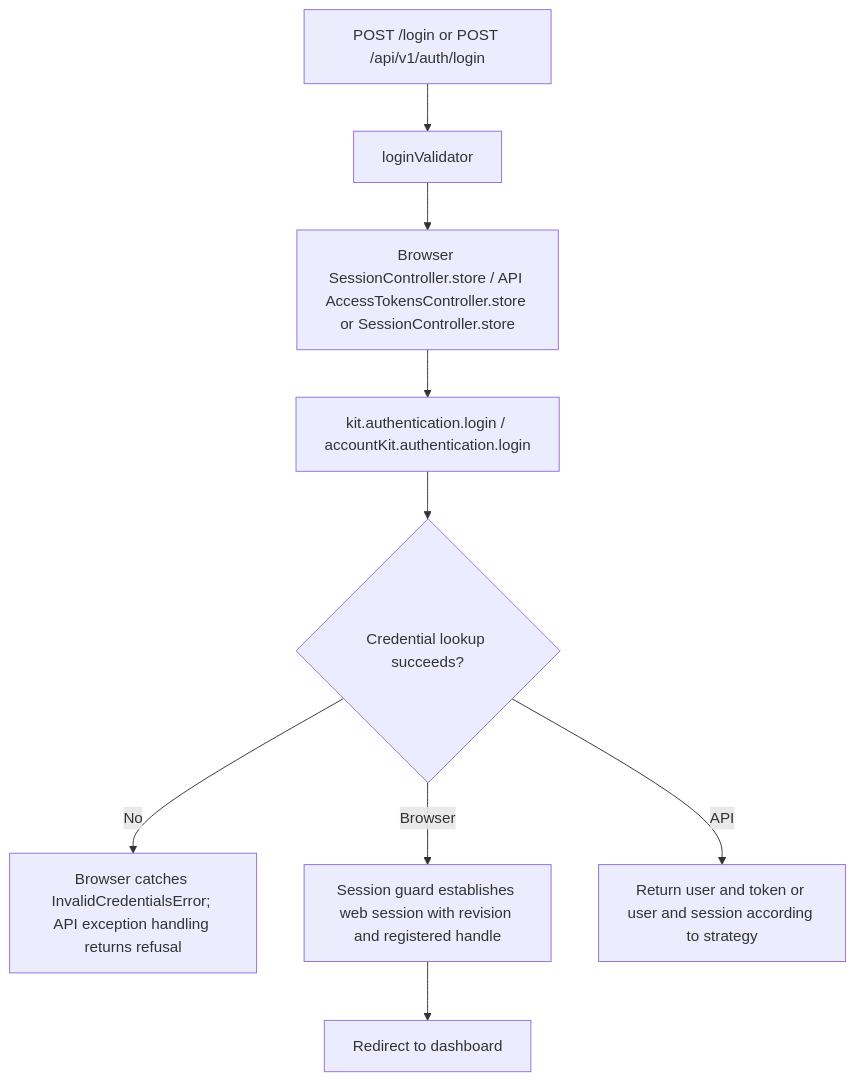
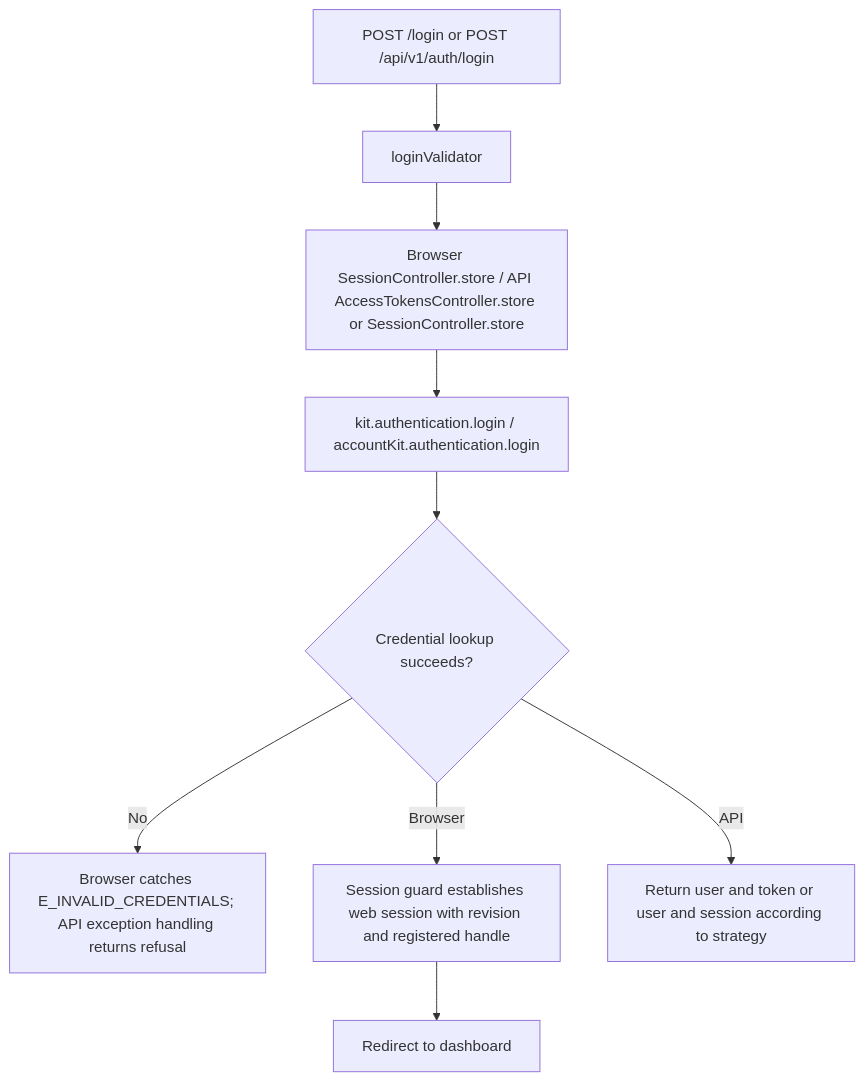
One commit to Kevinjohn/oss-adonisjs-starter-examples changed the second of 2 diagrams in user-stories/accounts/us-account-02-sign-in.md. Above: the diagram before and after it, drawn with Mermaid. The commit also changed 68 other files, not shown here.

````diff
--- a/user-stories/accounts/us-account-02-sign-in.md
+++ b/user-stories/accounts/us-account-02-sign-in.md
@@ -41,11 +41,11 @@
 ```mermaid
 flowchart TD
     A["POST /login or POST /api/v1/auth/login"] --> B["loginValidator"]
     B --> C["Browser SessionController.store / API AccessTokensController.store or SessionController.store"]
     C --> D["kit.authentication.login / accountKit.authentication.login"]
     D --> E{"Credential lookup succeeds?"}
-    E -->|No| F["Browser catches InvalidCredentialsError; API exception handling returns refusal"]
+    E -->|No| F["Browser catches E_INVALID_CREDENTIALS; API exception handling returns refusal"]
     E -->|Browser| R["Session guard establishes web session with revision and registered handle"]
     R --> G["Redirect to dashboard"]
     E -->|API| T["Return user and token or user and session according to strategy"]
 ```
````
